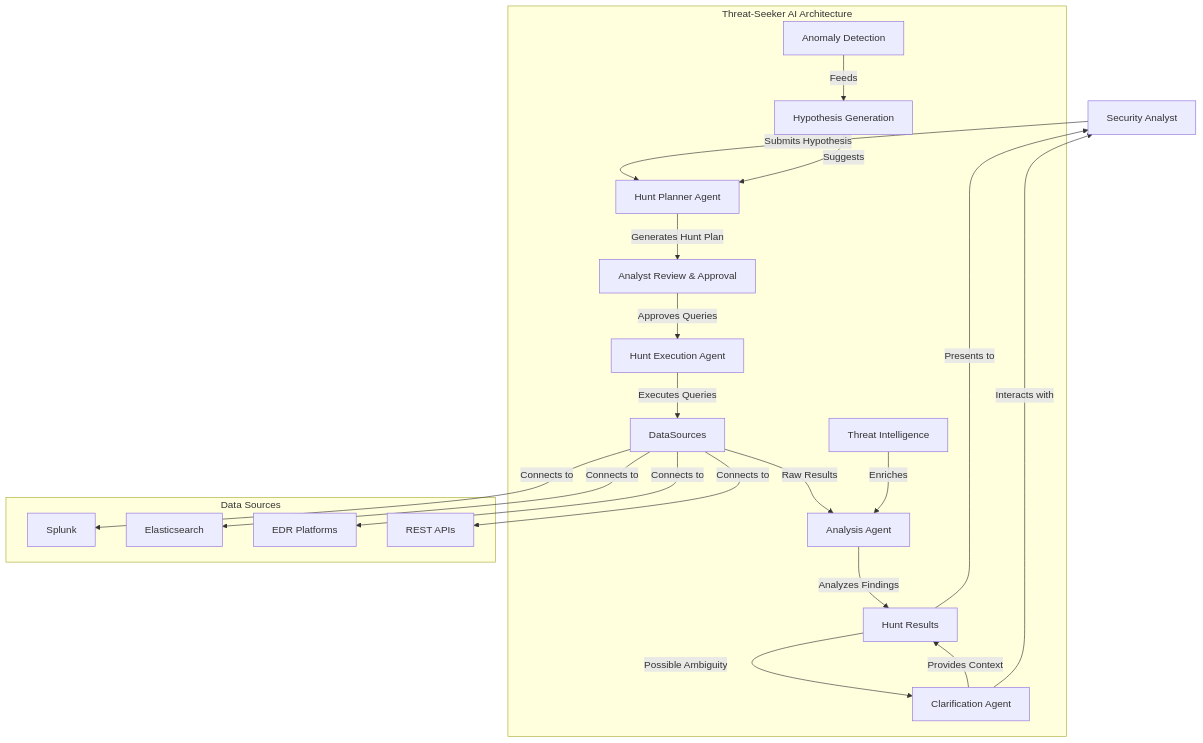
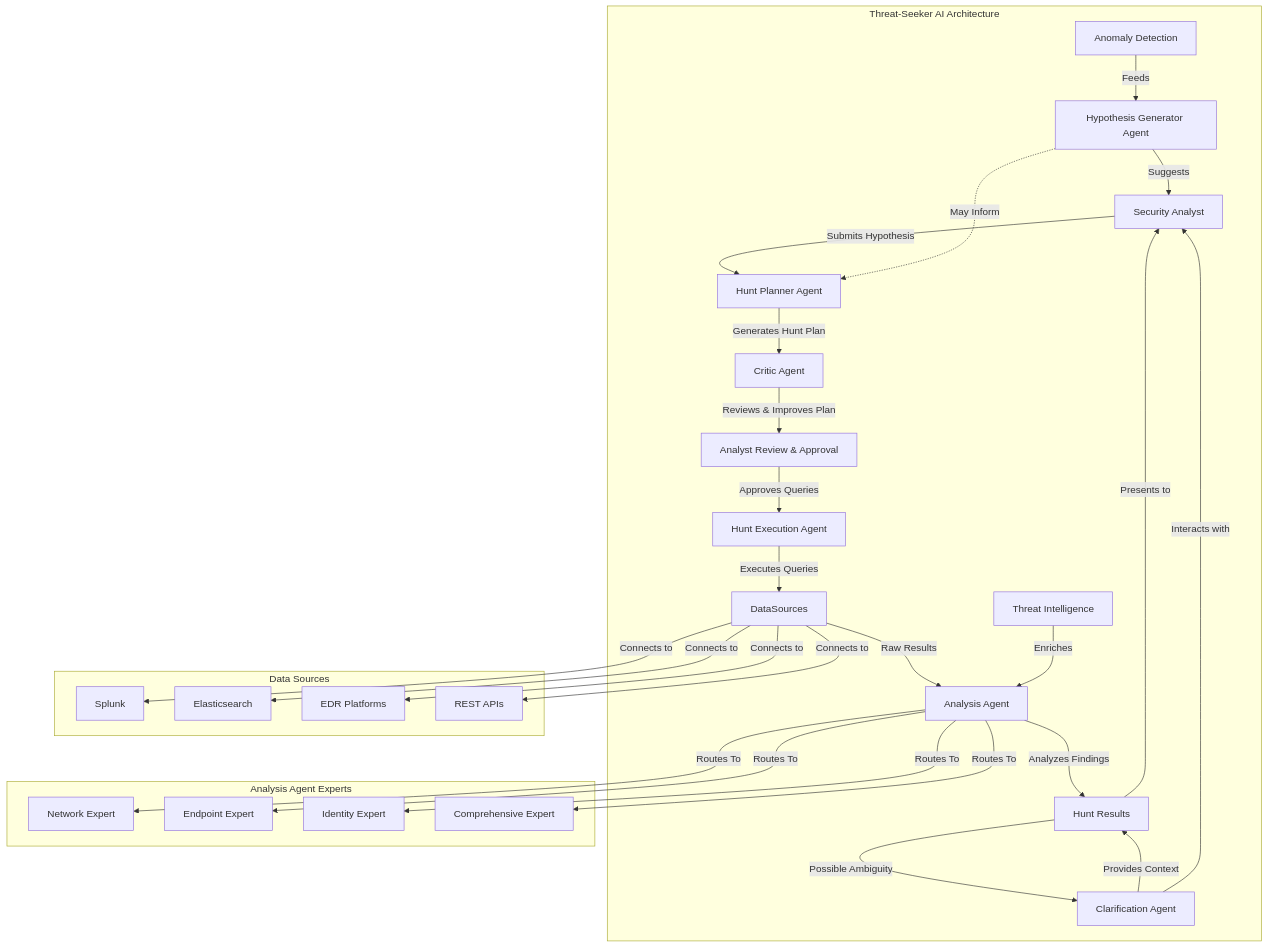
The diagram in threat-seeker-ai/docs/architecture.md (Weasley18/wemakedev-hackathon), drawn with Mermaid before and after one commit. The commit also changed other lines of this file and 15 other files, not shown here.

Commit message:
implemented critic agent, and more

````diff
--- a/threat-seeker-ai/docs/architecture.md
+++ b/threat-seeker-ai/docs/architecture.md
@@ -3,32 +3,41 @@
 ```mermaid
 flowchart TD
     User[Security Analyst] -->|Submits Hypothesis| PlannerAgent
     
     subgraph "Threat-Seeker AI Architecture"
-    PlannerAgent[Hunt Planner Agent] -->|Generates Hunt Plan| Review
+    PlannerAgent[Hunt Planner Agent] -->|Generates Hunt Plan| CriticAgent
+    CriticAgent[Critic Agent] -->|Reviews & Improves Plan| Review
     Review[Analyst Review & Approval] -->|Approves Queries| ExecutionAgent
     ExecutionAgent[Hunt Execution Agent] -->|Executes Queries| DataSources
     DataSources -->|Raw Results| AnalysisAgent
     AnalysisAgent[Analysis Agent] -->|Analyzes Findings| Results
     Results[Hunt Results] -->|Possible Ambiguity| ClarificationAgent
     ClarificationAgent[Clarification Agent] -->|Provides Context| Results
     ThreatIntel[Threat Intelligence] -->|Enriches| AnalysisAgent
     Anomalies[Anomaly Detection] -->|Feeds| HypothesisGen
-    HypothesisGen[Hypothesis Generation] -->|Suggests| PlannerAgent
+    HypothesisGen[Hypothesis Generator Agent] -->|Suggests| User
+    HypothesisGen -.->|May Inform| PlannerAgent
+    end
+    
+    subgraph "Analysis Agent Experts"
+    AnalysisAgent -->|Routes To| NetworkExpert[Network Expert]
+    AnalysisAgent -->|Routes To| EndpointExpert[Endpoint Expert]
+    AnalysisAgent -->|Routes To| IdentityExpert[Identity Expert]
+    AnalysisAgent -->|Routes To| MultiExpert[Comprehensive Expert]
     end
     
     subgraph "Data Sources"
     Splunk[Splunk]
     Elastic[Elasticsearch]
     EDR[EDR Platforms]
     API[REST APIs]
     end
     
     DataSources -->|Connects to| Splunk
     DataSources -->|Connects to| Elastic
     DataSources -->|Connects to| EDR
     DataSources -->|Connects to| API
     
     Results -->|Presents to| User
     ClarificationAgent -->|Interacts with| User
 ```
````
